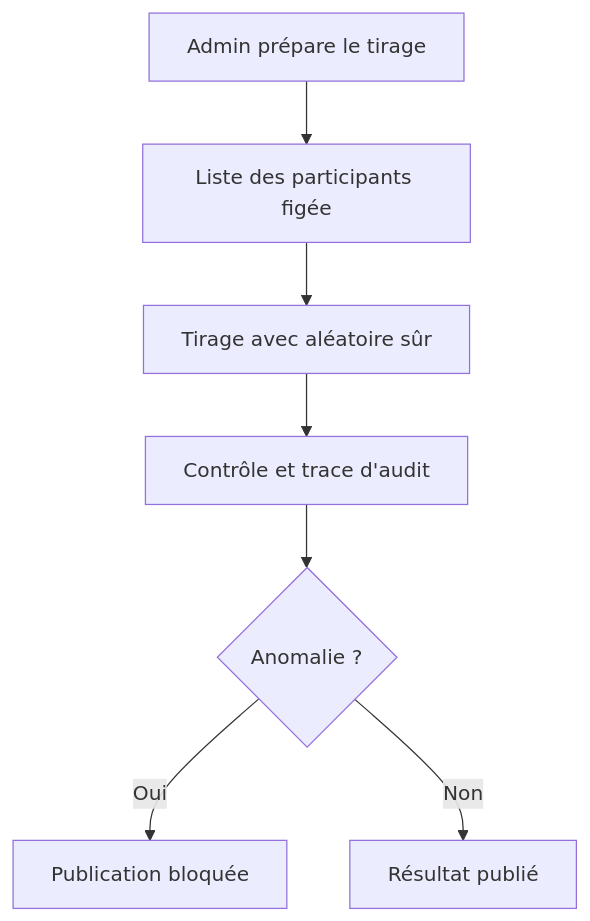
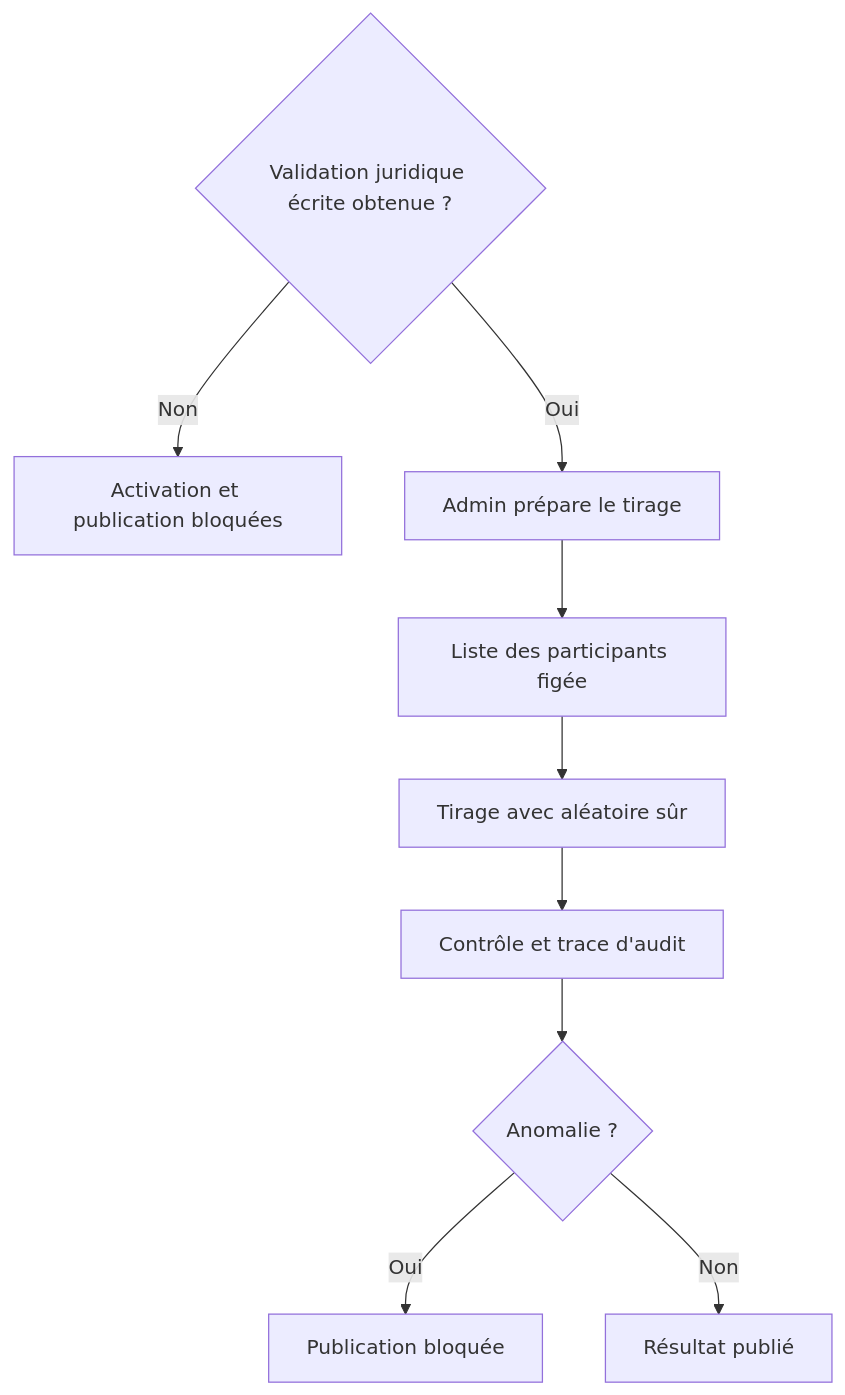
The second of 5 diagrams in docs/product/user-flows.md (Krapaud-Labs/Skkup), drawn with Mermaid before and after one commit. The commit also changed other lines of this file and 53 other files, not shown here.

First line of the commit message:
refactor(architecture): decouple Auth/Realtime and consolidate assets

````diff
--- a/docs/product/user-flows.md
+++ b/docs/product/user-flows.md
@@ -52,9 +52,11 @@
 ```mermaid
 flowchart TD
-  A[Admin prépare le tirage] --> B[Liste des participants figée]
-  B --> C[Tirage avec aléatoire sûr]
-  C --> D[Contrôle et trace d'audit]
-  D --> E{Anomalie ?}
-  E -->|Oui| F[Publication bloquée]
-  E -->|Non| G[Résultat publié]
+  A{Validation juridique écrite obtenue ?} -->|Non| B[Activation et publication bloquées]
+  A -->|Oui| C[Admin prépare le tirage]
+  C --> D[Liste des participants figée]
+  D --> E[Tirage avec aléatoire sûr]
+  E --> F[Contrôle et trace d'audit]
+  F --> G{Anomalie ?}
+  G -->|Oui| H[Publication bloquée]
+  G -->|Non| I[Résultat publié]
 ```
````
